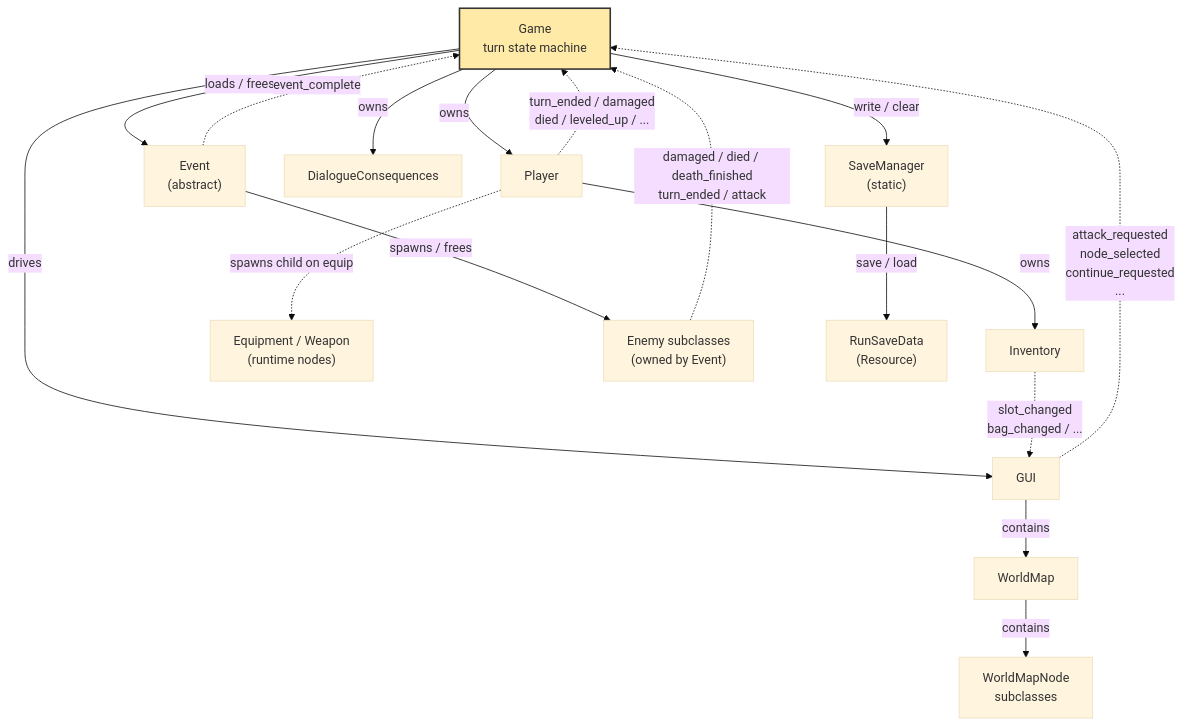
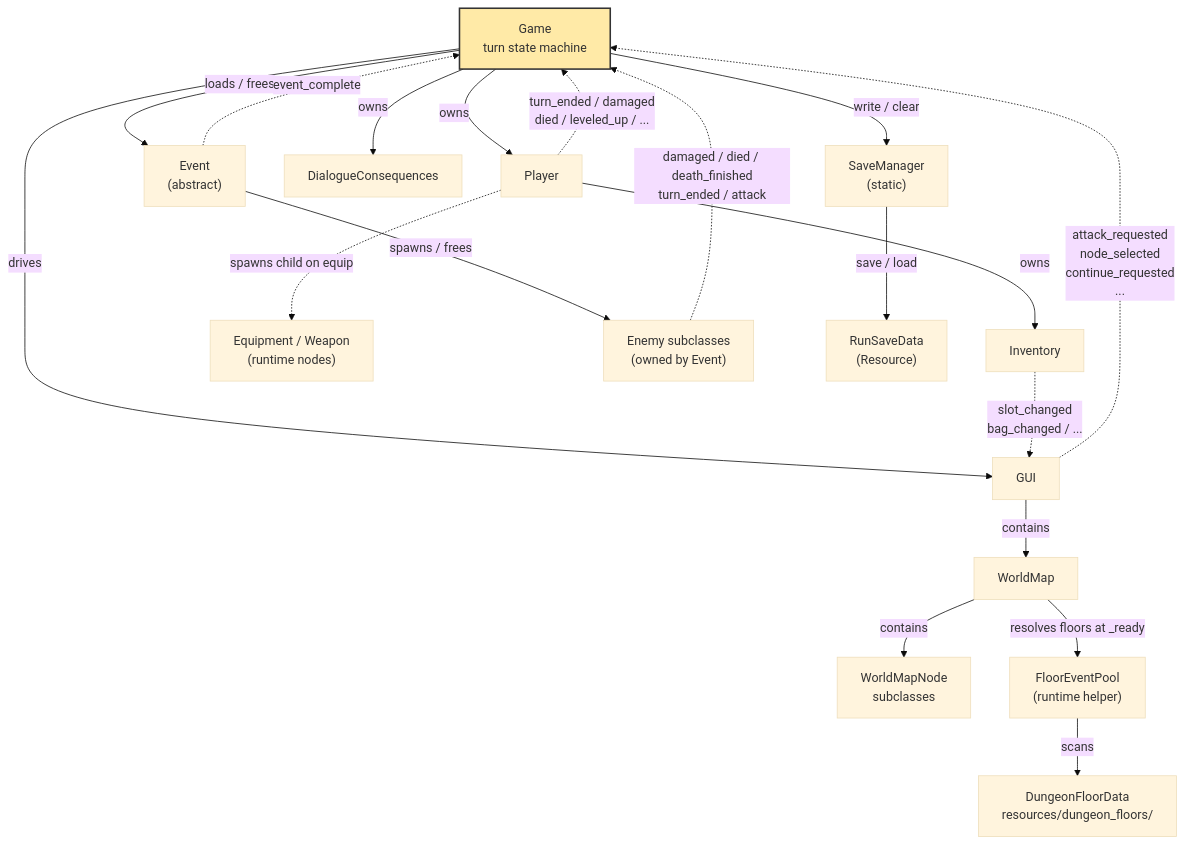
The first of 5 diagrams in journal/architecture.md (mjholder/crawler), drawn with Mermaid (base theme) before and after one commit. The commit also changed other lines of this file and 94 other files, not shown here.

````diff
--- a/journal/architecture.md
+++ b/journal/architecture.md
@@ -15,36 +15,38 @@
 ```mermaid
 flowchart TD
     Game["Game<br/>turn state machine"]
     Player["Player"]
     Inventory["Inventory"]
     Equipment["Equipment / Weapon<br/>(runtime nodes)"]
     Event["Event<br/>(abstract)"]
     GUI["GUI"]
     WorldMap["WorldMap"]
     WMN["WorldMapNode<br/>subclasses"]
     DC["DialogueConsequences"]
     Enemy["Enemy subclasses<br/>(owned by Event)"]
     SM["SaveManager<br/>(static)"]
     RSD["RunSaveData<br/>(Resource)"]
 
     Game -->|owns| Player
     Game -->|owns| DC
     Game -->|loads / frees| Event
     Game -->|drives| GUI
     Player -->|owns| Inventory
     Player -.->|spawns child on equip| Equipment
     GUI -->|contains| WorldMap
     WorldMap -->|contains| WMN
+    WorldMap -->|resolves floors at _ready| FEP["FloorEventPool<br/>(runtime helper)"]
+    FEP -->|scans| DFD["DungeonFloorData<br/>resources/dungeon_floors/"]
     Event -->|spawns / frees| Enemy
     Game -->|write / clear| SM
     SM -->|save / load| RSD
 
     GUI -. "attack_requested<br/>node_selected<br/>continue_requested<br/>..." .-> Game
     Player -. "turn_ended / damaged<br/>died / leveled_up / ..." .-> Game
     Event -. event_complete .-> Game
     Enemy -. "damaged / died / death_finished<br/>turn_ended / attack" .-> Game
     Inventory -. "slot_changed<br/>bag_changed / ..." .-> GUI
 
     classDef hub fill:#ffeaa7,stroke:#333,stroke-width:2px
     class Game hub
 ```
````
